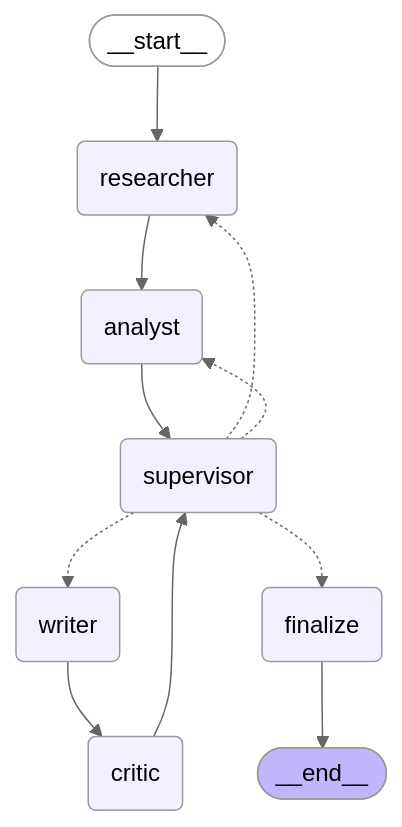
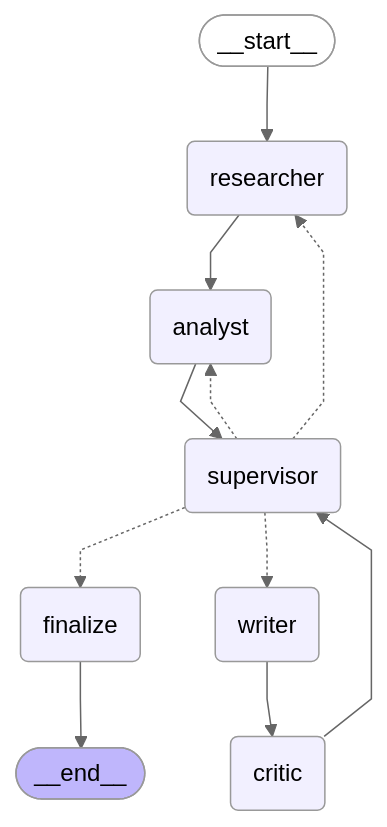
One commit to CSPruthveesh/multi-agent-report-writer changed the diagram in README.md. Above: the diagram before and after it, drawn with Mermaid (neutral theme). The commit also changed other lines of this file, not shown here.

````diff
--- a/README.md
+++ b/README.md
@@ -150,24 +150,29 @@
 ```mermaid
+---
+config:
+  flowchart:
+    curve: linear
+---
 graph TD;
-	__start__([__start__]):::first
+	__start__([<p>__start__</p>]):::first
 	researcher(researcher)
 	analyst(analyst)
 	supervisor(supervisor)
 	writer(writer)
 	critic(critic)
 	finalize(finalize)
-	__end__([__end__]):::last
+	__end__([<p>__end__</p>]):::last
 	__start__ --> researcher;
-	researcher --> analyst;
 	analyst --> supervisor;
 	critic --> supervisor;
+	researcher --> analyst;
+	supervisor -.-> analyst;
+	supervisor -.-> finalize;
 	supervisor -.-> researcher;
-	supervisor -.-> analyst;
 	supervisor -.-> writer;
-	supervisor -.-> finalize;
 	writer --> critic;
 	finalize --> __end__;
 	classDef default fill:#f2f0ff,line-height:1.2
 	classDef first fill-opacity:0
 	classDef last fill:#bfb6fc
 ```
````
